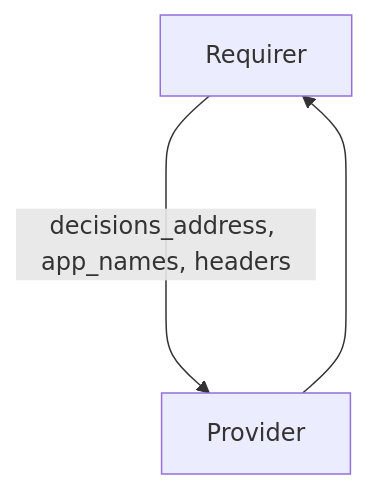
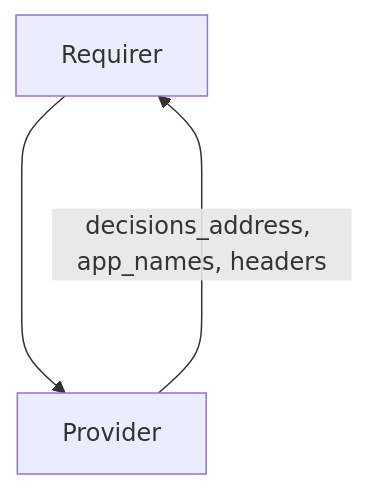
Before and after one commit to canonical/charm-relation-interfaces: the diagram in interfaces/forward_auth/v0/README.md, drawn with Mermaid. The commit also changed other lines of this file and 4 other files, not shown here.

````diff
--- a/interfaces/forward_auth/v0/README.md
+++ b/interfaces/forward_auth/v0/README.md
@@ -16,5 +16,5 @@
 ```mermaid
 flowchart
-    Requirer -- decisions_address, app_names, headers --> Provider
-    Provider ----> Requirer
+    Requirer ----> Provider
+    Provider -- decisions_address, app_names, headers --> Requirer
 ```
````
